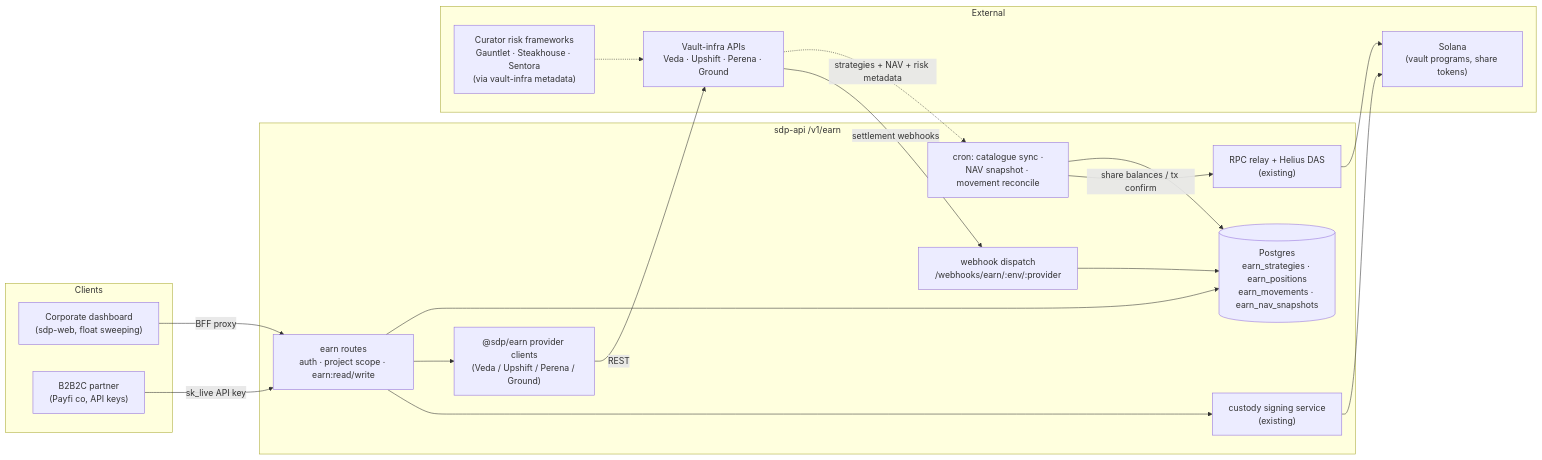
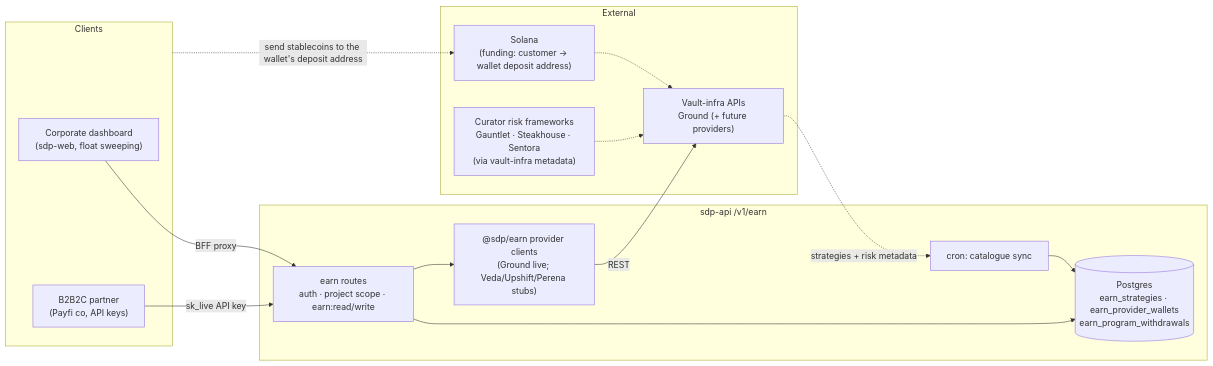
The first of 2 diagrams in docs/architecture/earn-v1-data-flow.md (Moonsong-Labs/solana-developer-platform), drawn with Mermaid before and after one commit. The commit also changed other lines of this file and 38 other files, not shown here.

First line of the commit message:
feat(earn): withdrawal ledger + live-only positions — ledger vs live decided (PRO-1628) (#1239)

````diff
--- a/docs/architecture/earn-v1-data-flow.md
+++ b/docs/architecture/earn-v1-data-flow.md
@@ -15,38 +15,31 @@
 ```mermaid
 flowchart LR
     subgraph Clients
         DASH["Corporate dashboard<br/>(sdp-web, float sweeping)"]
         PARTNER["B2B2C partner<br/>(Payfi co, API keys)"]
     end
 
     subgraph SDP["sdp-api  /v1/earn"]
         ROUTES["earn routes<br/>auth · project scope · earn:read/write"]
-        SVC["@sdp/earn provider clients<br/>(Veda / Upshift / Perena / Ground)"]
-        DB[("Postgres<br/>earn_strategies · earn_positions<br/>earn_movements · earn_nav_snapshots")]
-        CRON["cron: catalogue sync ·<br/>NAV snapshot · movement reconcile"]
-        WH["webhook dispatch<br/>/webhooks/earn/:env/:provider"]
-        SIGN["custody signing service<br/>(existing)"]
-        RPC["RPC relay + Helius DAS<br/>(existing)"]
+        SVC["@sdp/earn provider clients<br/>(Ground live; Veda/Upshift/Perena stubs)"]
+        DB[("Postgres<br/>earn_strategies · earn_provider_wallets<br/>earn_program_withdrawals")]
+        CRON["cron: catalogue sync"]
     end
 
     subgraph External
-        VAULT["Vault-infra APIs<br/>Veda · Upshift · Perena · Ground"]
-        CHAIN["Solana<br/>(vault programs, share tokens)"]
+        VAULT["Vault-infra APIs<br/>Ground (+ future providers)"]
+        CHAIN["Solana<br/>(funding: customer → wallet deposit address)"]
         CURATOR["Curator risk frameworks<br/>Gauntlet · Steakhouse · Sentora<br/>(via vault-infra metadata)"]
     end
 
     DASH -->|BFF proxy| ROUTES
     PARTNER -->|sk_live API key| ROUTES
     ROUTES --> DB
     ROUTES --> SVC
     SVC -->|REST| VAULT
-    VAULT -.->|strategies + NAV + risk metadata| CRON
+    VAULT -.->|strategies + risk metadata| CRON
     CURATOR -.-> VAULT
     CRON --> DB
-    VAULT -->|settlement webhooks| WH
-    WH --> DB
-    ROUTES --> SIGN
-    SIGN --> CHAIN
-    RPC --> CHAIN
-    CRON -->|share balances / tx confirm| RPC
+    Clients -.->|send stablecoins to the wallet's deposit address| CHAIN
+    CHAIN -.-> VAULT
 ```
````
